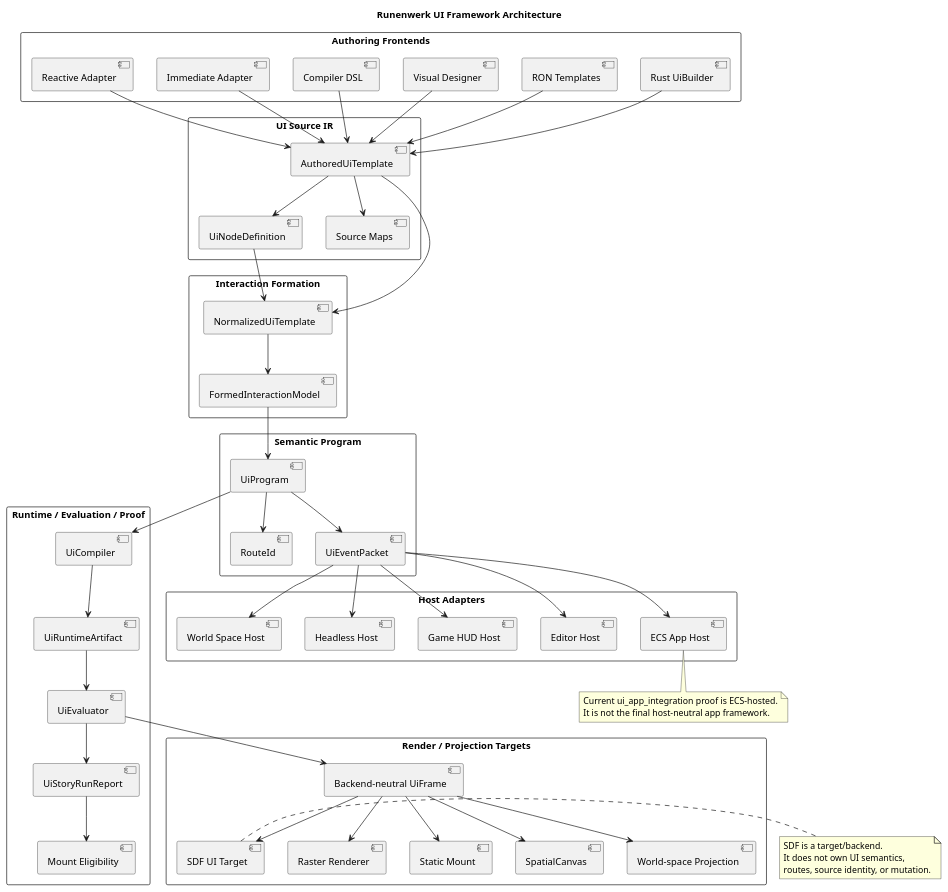
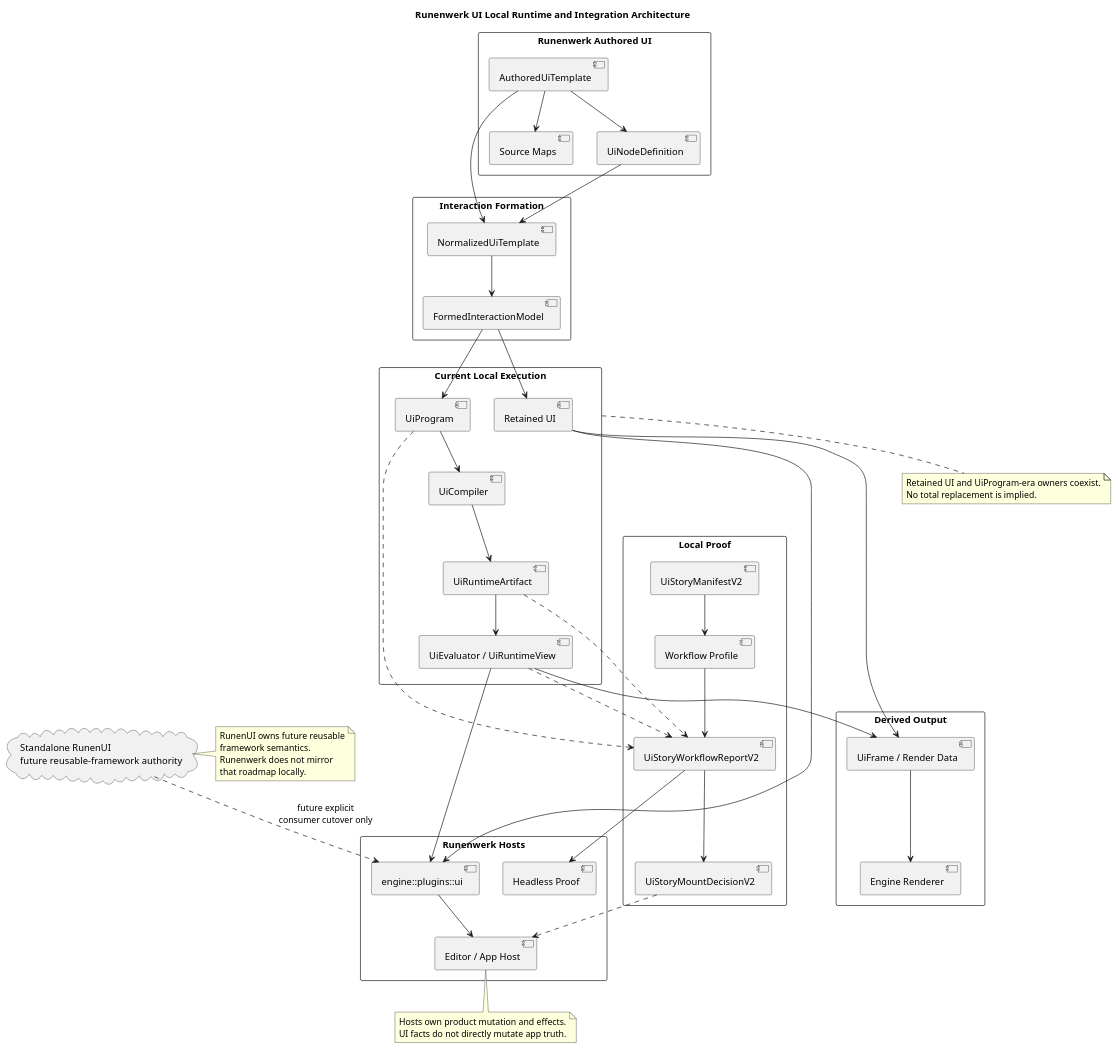
One commit to dornglut/runenwerk changed the diagram in docs-site/src/content/docs/architecture/diagrams/ui-framework-architecture.puml. Above: the diagram before and after it, drawn with PlantUML. The commit also changed 38 other files, not shown here.

Commit message:
docs: reconcile RunenUI authority boundary

```diff
--- a/docs-site/src/content/docs/architecture/diagrams/ui-framework-architecture.puml
+++ b/docs-site/src/content/docs/architecture/diagrams/ui-framework-architecture.puml
@@ -1,104 +1,93 @@
 @startuml
-title Runenwerk UI Framework Architecture
+title Runenwerk UI Local Runtime and Integration Architecture
 
 skinparam packageStyle rectangle
 
-package "Authoring Frontends" {
-  [Rust UiBuilder]
-  [RON Templates]
-  [Visual Designer]
-  [Compiler DSL]
-  [Immediate Adapter]
-  [Reactive Adapter]
-}
-
-package "UI Source IR" {
+package "Runenwerk Authored UI" {
   [AuthoredUiTemplate]
   [UiNodeDefinition]
   [Source Maps]
 }
 
 package "Interaction Formation" {
   [NormalizedUiTemplate]
   [FormedInteractionModel]
 }
 
-package "Semantic Program" {
+package "Current Local Execution" {
+  [Retained UI]
   [UiProgram]
-  [RouteId]
-  [UiEventPacket]
+  [UiCompiler]
+  [UiRuntimeArtifact]
+  [UiEvaluator / UiRuntimeView]
 }
 
-package "Runtime / Evaluation / Proof" {
-  [UiCompiler]
-  [UiRuntimeArtifact]
-  [UiEvaluator]
-  [UiStoryRunReport]
-  [Mount Eligibility]
+package "Local Proof" {
+  [UiStoryManifestV2]
+  [Workflow Profile]
+  [UiStoryWorkflowReportV2]
+  [UiStoryMountDecisionV2]
 }
 
-package "Host Adapters" {
-  [ECS App Host]
-  [Editor Host]
-  [Game HUD Host]
-  [Headless Host]
-  [World Space Host]
+package "Runenwerk Hosts" {
+  [engine::plugins::ui]
+  [Editor / App Host]
+  [Headless Proof]
 }
 
-package "Render / Projection Targets" {
-  [Backend-neutral UiFrame]
-  [Raster Renderer]
-  [SDF UI Target]
-  [Static Mount]
-  [SpatialCanvas]
-  [World-space Projection]
+package "Derived Output" {
+  [UiFrame / Render Data]
+  [Engine Renderer]
 }
 
-[Rust UiBuilder] --> [AuthoredUiTemplate]
-[RON Templates] --> [AuthoredUiTemplate]
-[Visual Designer] --> [AuthoredUiTemplate]
-[Compiler DSL] --> [AuthoredUiTemplate]
-[Immediate Adapter] --> [AuthoredUiTemplate]
-[Reactive Adapter] --> [AuthoredUiTemplate]
+cloud "Standalone RunenUI\nfuture reusable-framework authority" as RunenUI
 
 [AuthoredUiTemplate] --> [UiNodeDefinition]
 [AuthoredUiTemplate] --> [Source Maps]
 [AuthoredUiTemplate] --> [NormalizedUiTemplate]
 [UiNodeDefinition] --> [NormalizedUiTemplate]
+[NormalizedUiTemplate] --> [FormedInteractionModel]
 
-[NormalizedUiTemplate] --> [FormedInteractionModel]
+[FormedInteractionModel] --> [Retained UI]
 [FormedInteractionModel] --> [UiProgram]
-[UiProgram] --> [RouteId]
-[UiProgram] --> [UiEventPacket]
-
 [UiProgram] --> [UiCompiler]
 [UiCompiler] --> [UiRuntimeArtifact]
-[UiRuntimeArtifact] --> [UiEvaluator]
-[UiEvaluator] --> [UiStoryRunReport]
-[UiStoryRunReport] --> [Mount Eligibility]
+[UiRuntimeArtifact] --> [UiEvaluator / UiRuntimeView]
 
-[UiEventPacket] --> [ECS App Host]
-[UiEventPacket] --> [Editor Host]
-[UiEventPacket] --> [Game HUD Host]
-[UiEventPacket] --> [Headless Host]
-[UiEventPacket] --> [World Space Host]
+[UiStoryManifestV2] --> [Workflow Profile]
+[Workflow Profile] --> [UiStoryWorkflowReportV2]
+[UiStoryWorkflowReportV2] --> [UiStoryMountDecisionV2]
+[UiProgram] ..> [UiStoryWorkflowReportV2]
+[UiRuntimeArtifact] ..> [UiStoryWorkflowReportV2]
+[UiEvaluator / UiRuntimeView] ..> [UiStoryWorkflowReportV2]
 
-[UiEvaluator] --> [Backend-neutral UiFrame]
-[Backend-neutral UiFrame] --> [Raster Renderer]
-[Backend-neutral UiFrame] --> [SDF UI Target]
-[Backend-neutral UiFrame] --> [Static Mount]
-[Backend-neutral UiFrame] --> [SpatialCanvas]
-[Backend-neutral UiFrame] --> [World-space Projection]
+[Retained UI] --> [engine::plugins::ui]
+[UiEvaluator / UiRuntimeView] --> [engine::plugins::ui]
+[UiStoryMountDecisionV2] ..> [Editor / App Host]
+[UiStoryWorkflowReportV2] --> [Headless Proof]
+[engine::plugins::ui] --> [Editor / App Host]
 
-note right of [SDF UI Target]
-SDF is a target/backend.
-It does not own UI semantics,
-routes, source identity, or mutation.
+[Retained UI] --> [UiFrame / Render Data]
+[UiEvaluator / UiRuntimeView] --> [UiFrame / Render Data]
+[UiFrame / Render Data] --> [Engine Renderer]
+
+RunenUI ..> [engine::plugins::ui] : future explicit\nconsumer cutover only
+
+note right of RunenUI
+RunenUI owns future reusable
+framework semantics.
+Runenwerk does not mirror
+that roadmap locally.
 end note
 
-note bottom of [ECS App Host]
-Current ui_app_integration proof is ECS-hosted.
-It is not the final host-neutral app framework.
+note bottom of [Current Local Execution]
+Retained UI and UiProgram-era owners coexist.
+No total replacement is implied.
+end note
+
+note bottom of [Editor / App Host]
+Hosts own product mutation and effects.
+UI facts do not directly mutate app truth.
 end note
 
 @enduml
```
